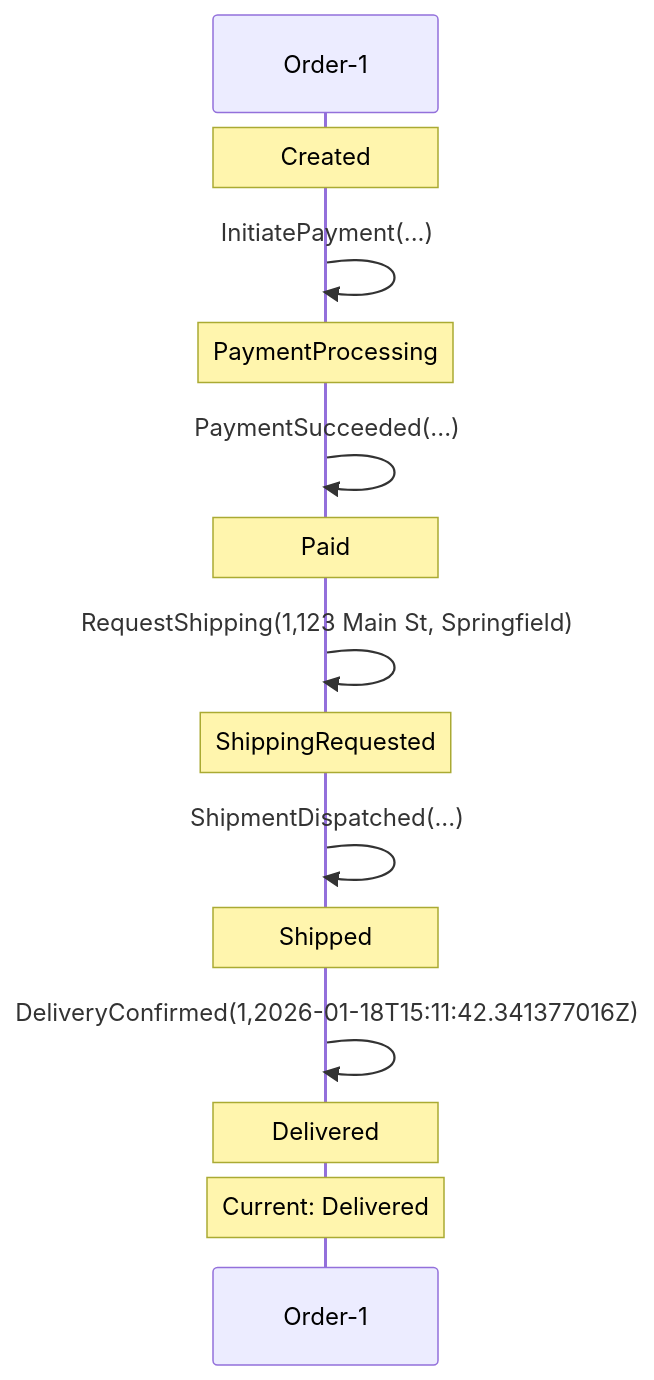
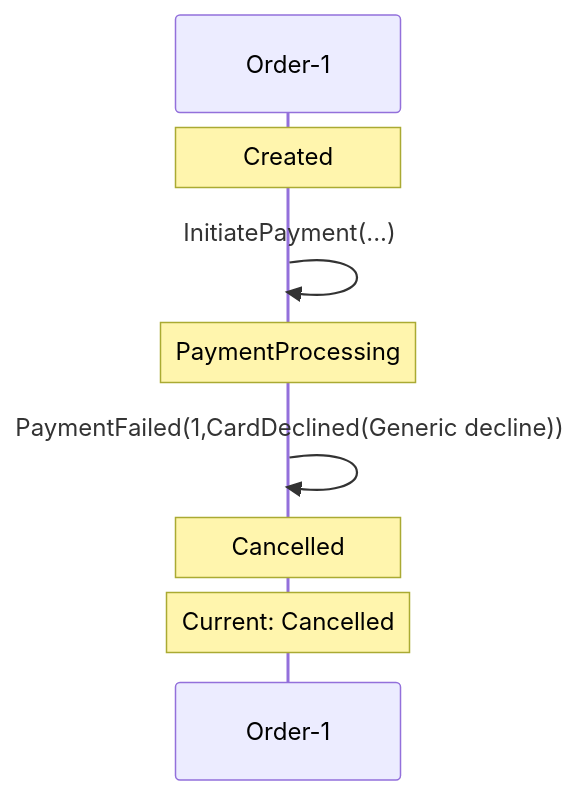
Before and after one commit to Iterable/mechanoid: the first of 2 diagrams in docs/visualizations/order-1-trace.md, drawn with Mermaid. The commit also changed other lines of this file and 54 other files, not shown here.

First line of the commit message:
[AI-4121] Replace include() with combine/++ and enhance DB schema (#31)

````diff
--- a/docs/visualizations/order-1-trace.md
+++ b/docs/visualizations/order-1-trace.md
@@ -7,17 +7,11 @@
 ```mermaid
 sequenceDiagram
     participant FSM as Order-1
     Note over FSM: Created
     FSM->>FSM: InitiatePayment(...)
     Note over FSM: PaymentProcessing
-    FSM->>FSM: PaymentSucceeded(...)
-    Note over FSM: Paid
-    FSM->>FSM: RequestShipping(1,123 Main St, Springfield)
-    Note over FSM: ShippingRequested
-    FSM->>FSM: ShipmentDispatched(...)
-    Note over FSM: Shipped
-    FSM->>FSM: DeliveryConfirmed(1,2026-01-18T15:11:42.341377016Z)
-    Note over FSM: Delivered
-    Note over FSM: Current: Delivered
+    FSM->>FSM: PaymentFailed(1,CardDeclined(Generic decline))
+    Note over FSM: Cancelled
+    Note over FSM: Current: Cancelled
 
 ```
````
